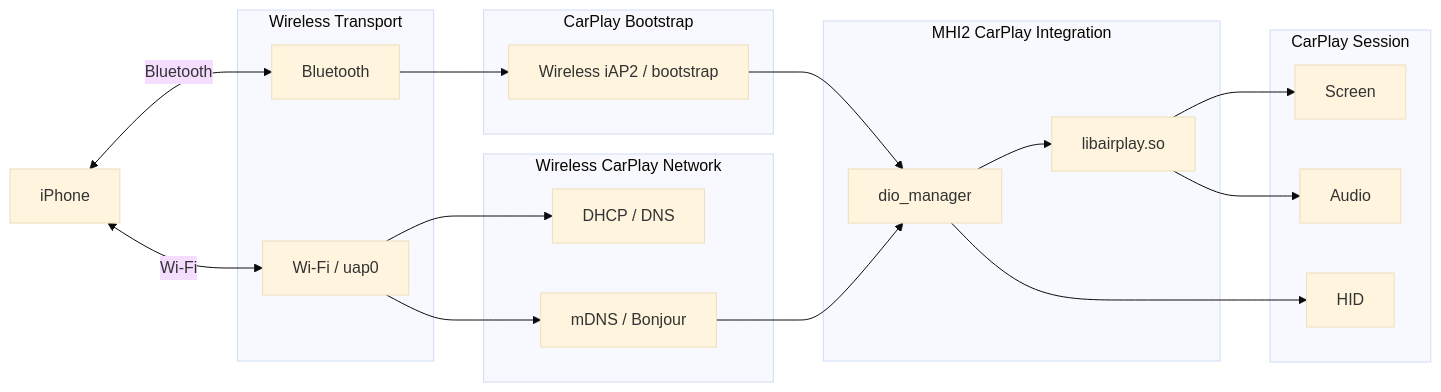
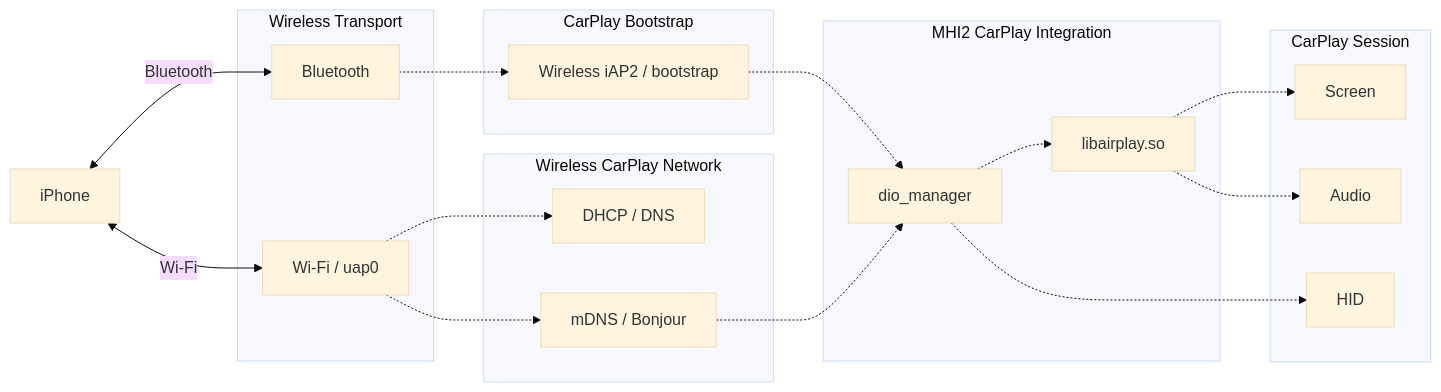
The third of 23 diagrams in docs/wireless-carplay-architecture.md (joeyQuery/MHI2-Wireless-CarPlay), drawn with Mermaid (base theme) before and after one commit. The commit also changed other lines of this file, not shown here.

Commit message:
Tighten architecture edge semantics

```diff
--- a/docs/wireless-carplay-architecture.md
+++ b/docs/wireless-carplay-architecture.md
@@ -112,41 +112,41 @@
 ~~~mermaid
 flowchart LR
     PHONE["iPhone"]
 
     subgraph WIRELESS["Wireless Transport"]
         BT["Bluetooth"]
         WIFI["Wi-Fi / uap0"]
     end
 
     subgraph BOOTSTRAP["CarPlay Bootstrap"]
         IAP2["Wireless iAP2 / bootstrap"]
     end
 
     subgraph NETWORK["Wireless CarPlay Network"]
         DHCP["DHCP / DNS"]
         MDNS["mDNS / Bonjour"]
     end
 
     subgraph INTEGRATION["MHI2 CarPlay Integration"]
         DIO["dio_manager"]
         AIRPLAY["libairplay.so"]
     end
 
     subgraph SESSION["CarPlay Session"]
         SCREEN["Screen"]
         AUDIO["Audio"]
         HID["HID"]
     end
 
     PHONE <-->|"Bluetooth"| BT
     PHONE <-->|"Wi-Fi"| WIFI
-    BT --> IAP2
-    WIFI --> DHCP
-    WIFI --> MDNS
-    IAP2 --> DIO
-    MDNS --> DIO
-    DIO --> AIRPLAY
-    AIRPLAY --> SCREEN
-    AIRPLAY --> AUDIO
-    DIO --> HID
+    BT -.-> IAP2
+    WIFI -.-> DHCP
+    WIFI -.-> MDNS
+    IAP2 -.-> DIO
+    MDNS -.-> DIO
+    DIO -.-> AIRPLAY
+    AIRPLAY -.-> SCREEN
+    AIRPLAY -.-> AUDIO
+    DIO -.-> HID
 ~~~
```
